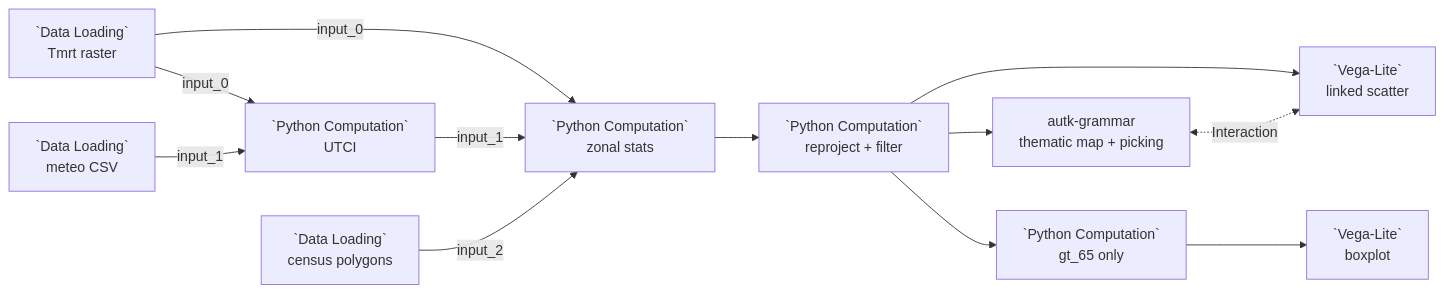
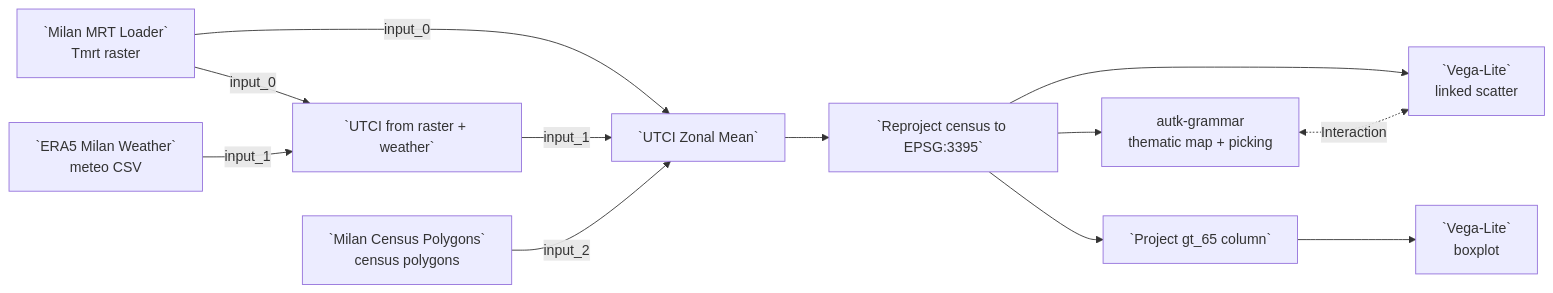
Before and after one commit to urban-toolkit/curio: the diagram in docs/examples/09-heterogeneous-data-linked-views.md, drawn with Mermaid. The commit also changed other lines of this file and 2 other files, not shown here.

Commit message:
Walkthrough 09 shows Weather's nodes

````diff
--- a/docs/examples/09-heterogeneous-data-linked-views.md
+++ b/docs/examples/09-heterogeneous-data-linked-views.md
@@ -15,20 +15,20 @@
 ```mermaid
 flowchart LR
-  R[`Data Loading`<br/>Tmrt raster]
-  W[`Data Loading`<br/>meteo CSV]
-  S[`Data Loading`<br/>census polygons]
+  R[`Milan MRT Loader`<br/>Tmrt raster]
+  W[`ERA5 Milan Weather`<br/>meteo CSV]
+  S[`Milan Census Polygons`<br/>census polygons]
 
-  R -->|input_0| U[`Python Computation`<br/>UTCI]
+  R -->|input_0| U[`UTCI from raster + weather`]
   W -->|input_1| U
 
-  R -->|input_0| Z[`Python Computation`<br/>zonal stats]
+  R -->|input_0| Z[`UTCI Zonal Mean`]
   U -->|input_1| Z
   S -->|input_2| Z
-  Z --> T[`Python Computation`<br/>reproject + filter]
+  Z --> T[`Reproject census to EPSG:3395`]
 
   T --> M[autk-grammar<br/>thematic map + picking]
   T --> SC[`Vega-Lite`<br/>linked scatter]
-  T --> BX[`Python Computation`<br/>gt_65 only] --> BV[`Vega-Lite`<br/>boxplot]
+  T --> BX[`Project gt_65 column`] --> BV[`Vega-Lite`<br/>boxplot]
 
   M <-. Interaction .-> SC
 ```
````
